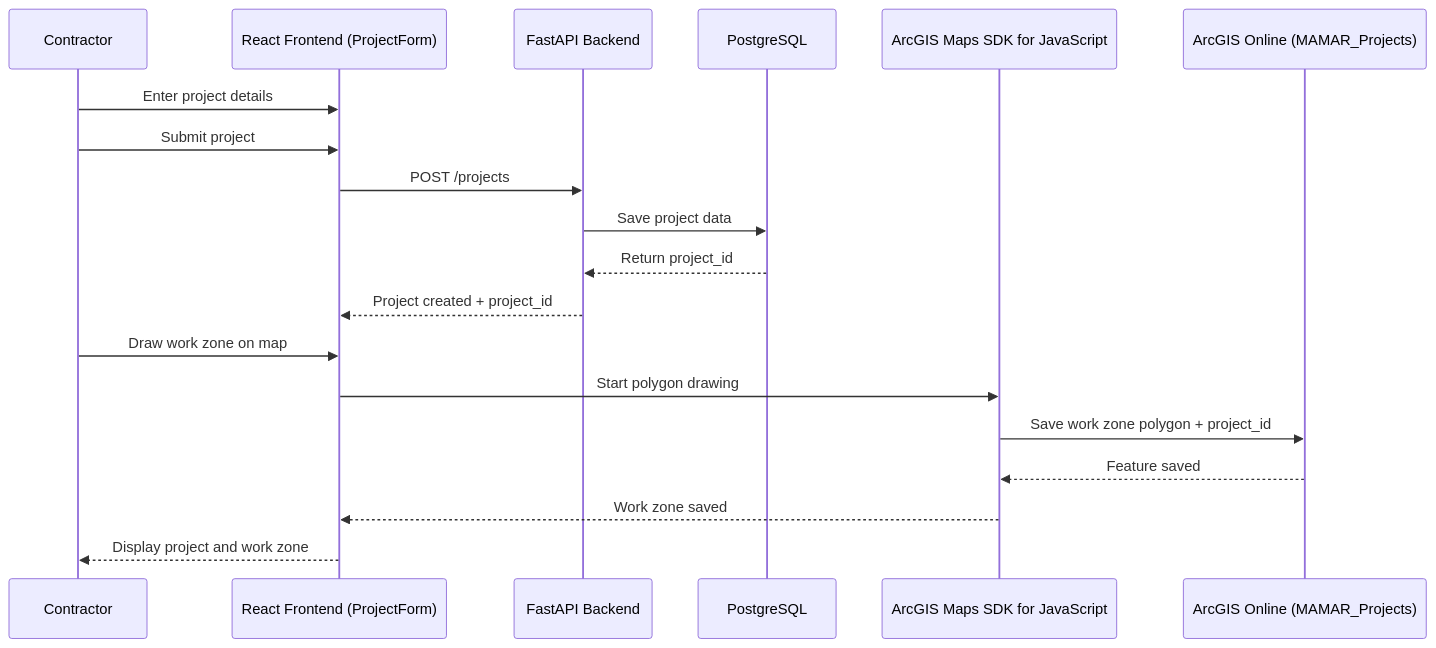
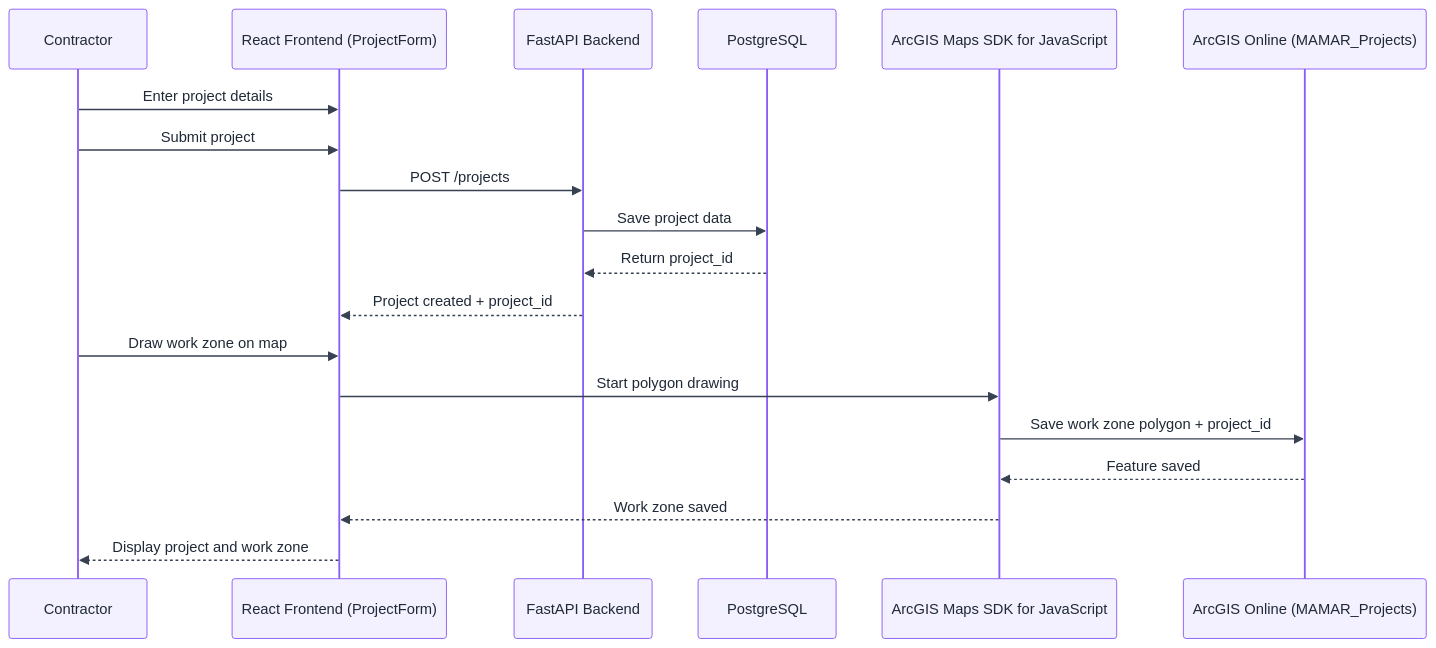
One commit to janaalhazmi/MAMAR changed the fourth of 6 diagrams in Stage 3: Technical Documentation/README.md. Above: the diagram before and after it, drawn with Mermaid. The commit also changed other lines of this file, not shown here.

Commit message:
Refine Stage 3 API documentation and technical justifications

````diff
--- a/Stage 3: Technical Documentation/README.md
+++ b/Stage 3: Technical Documentation/README.md
@@ -601,25 +585,22 @@
 ```mermaid
+%%{init: {"theme": "base", "themeVariables": {"background": "#FFFFFF", "primaryColor": "#F3F0FF", "primaryTextColor": "#1F2937", "primaryBorderColor": "#8B5CF6", "lineColor": "#374151", "secondaryColor": "#F3F0FF", "tertiaryColor": "#FFFFFF", "actorBkg": "#F3F0FF", "actorBorder": "#8B5CF6", "actorTextColor": "#1F2937", "signalColor": "#374151", "signalTextColor": "#1F2937", "labelBoxBkgColor": "#F3F0FF", "labelBoxBorderColor": "#8B5CF6", "noteBkgColor": "#F3F0FF", "noteBorderColor": "#8B5CF6", "fontFamily": "Arial", "fontSize": "14px"}}}%%
 sequenceDiagram
-    participant Contractor as Contractor
-    participant ProjectForm as React Frontend (ProjectForm)
-    participant API as FastAPI Backend
-    participant DB as PostgreSQL
-    participant SDK as ArcGIS Maps SDK for JavaScript
-    participant AGOL as ArcGIS Online (MAMAR_Projects)
-
-    Contractor->>ProjectForm: Enter project details
-    Contractor->>ProjectForm: Submit project
-
-    ProjectForm->>API: POST /projects
-    API->>DB: Save project data
-    DB-->>API: Return project_id
-    API-->>ProjectForm: Project created + project_id
-
-    Contractor->>ProjectForm: Draw work zone on map
-    ProjectForm->>SDK: Start polygon drawing
-    SDK->>AGOL: Save work zone polygon + project_id
-    AGOL-->>SDK: Feature saved
-    SDK-->>ProjectForm: Work zone saved
-
-    ProjectForm-->>Contractor: Display project and work zone
+    participant C as Contractor
+    participant R as React Frontend (ProjectForm)
+    participant F as FastAPI Backend
+    participant P as PostgreSQL
+    participant S as ArcGIS Maps SDK for JavaScript
+    participant A as ArcGIS Online (MAMAR_Projects)
+    C->>R: Enter project details
+    C->>R: Submit project
+    R->>F: POST /projects
+    F->>P: Save project data
+    P-->>F: Return project_id
+    F-->>R: Project created + project_id
+    C->>R: Draw work zone on map
+    R->>S: Start polygon drawing
+    S->>A: Save work zone polygon + project_id
+    A-->>S: Feature saved
+    S-->>R: Work zone saved
+    R-->>C: Display project and work zone
 ```
````
